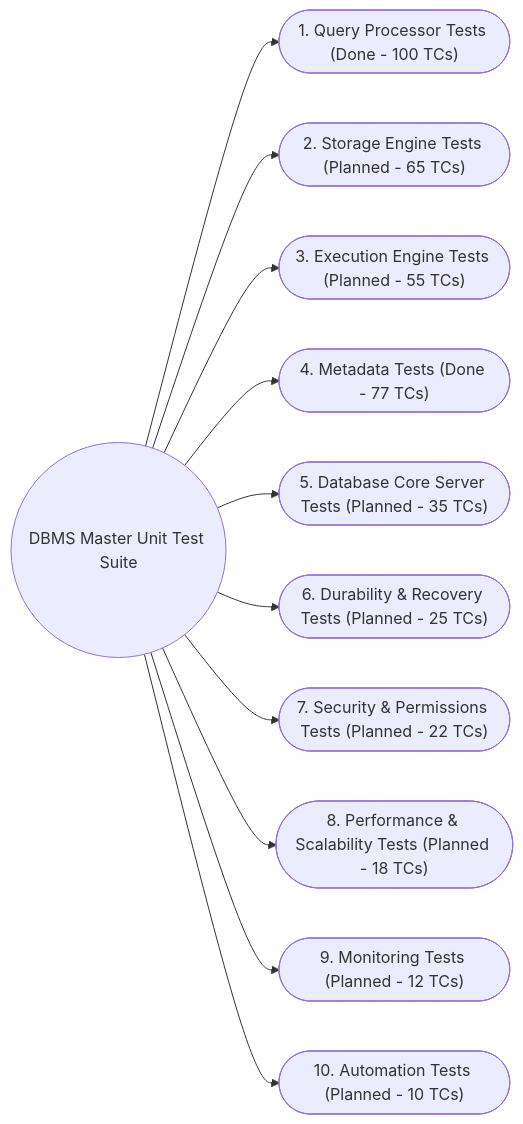
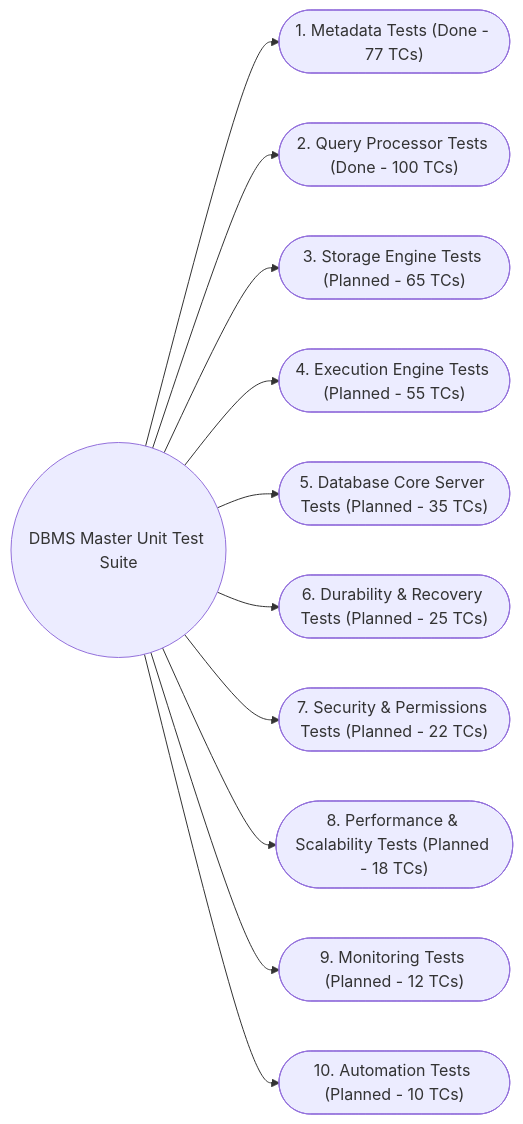
One commit to Dikhang1112/Database_Management_BBV changed the first of 11 diagrams in docs/unit_test/README.md. Above: the diagram before and after it, drawn with Mermaid. The commit also changed other lines of this file and 59 other files, not shown here.

````diff
--- a/docs/unit_test/README.md
+++ b/docs/unit_test/README.md
@@ -28,26 +28,26 @@
 ```mermaid
 flowchart LR
     Root(("DBMS Master Unit Test Suite"))
 
-    Mod1(["1. Query Processor Tests (Done - 100 TCs)"])
-    Mod2(["2. Storage Engine Tests (Planned - 65 TCs)"])
-    Mod3(["3. Execution Engine Tests (Planned - 55 TCs)"])
-    Mod4(["4. Metadata Tests (Done - 77 TCs)"])
+    Mod1(["1. Metadata Tests (Done - 77 TCs)"])
+    Mod2(["2. Query Processor Tests (Done - 100 TCs)"])
+    Mod3(["3. Storage Engine Tests (Planned - 65 TCs)"])
+    Mod4(["4. Execution Engine Tests (Planned - 55 TCs)"])
     Mod5(["5. Database Core Server Tests (Planned - 35 TCs)"])
     Mod6(["6. Durability & Recovery Tests (Planned - 25 TCs)"])
     Mod7(["7. Security & Permissions Tests (Planned - 22 TCs)"])
     Mod8(["8. Performance & Scalability Tests (Planned - 18 TCs)"])
     Mod9(["9. Monitoring Tests (Planned - 12 TCs)"])
     Mod10(["10. Automation Tests (Planned - 10 TCs)"])
 
     Root --> Mod1
     Root --> Mod2
     Root --> Mod3
     Root --> Mod4
     Root --> Mod5
     Root --> Mod6
     Root --> Mod7
     Root --> Mod8
     Root --> Mod9
     Root --> Mod10
 ```
````
